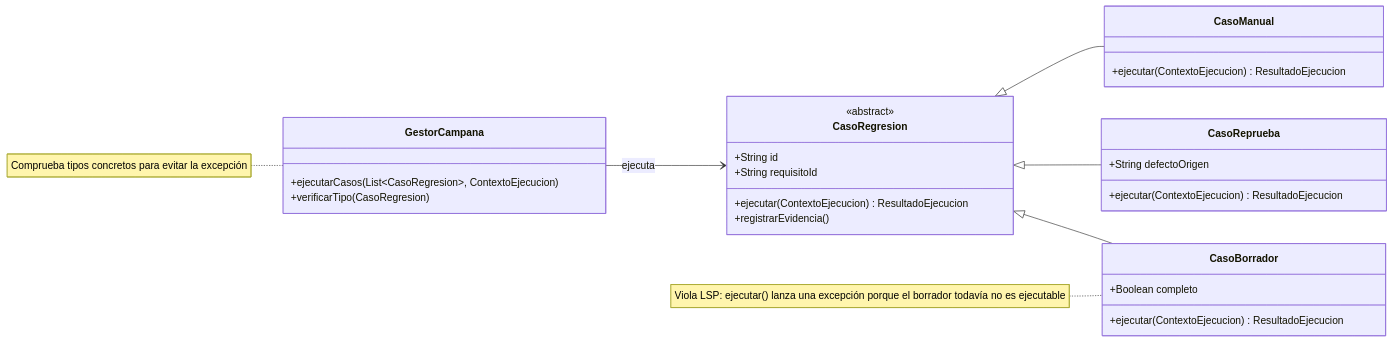
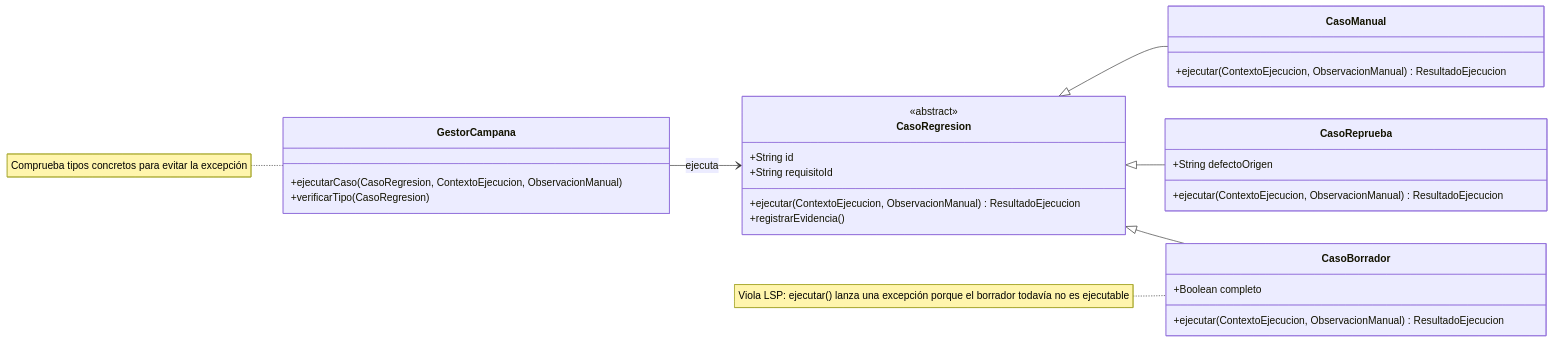
The diagram in week-02/diagramas/01-diseno-antes-lsp.mmd (DidhyerOrtiz/asii28-qa-funcional-tareas), drawn with Mermaid before and after one commit. The commit also changed 11 other files, not shown here.

```diff
--- a/week-02/diagramas/01-diseno-antes-lsp.mmd
+++ b/week-02/diagramas/01-diseno-antes-lsp.mmd
@@ -1,37 +1,37 @@
 classDiagram
     direction LR
 
     class CasoRegresion {
         <<abstract>>
         +String id
         +String requisitoId
-        +ejecutar(ContextoEjecucion) ResultadoEjecucion
+        +ejecutar(ContextoEjecucion, ObservacionManual) ResultadoEjecucion
         +registrarEvidencia()
     }
 
     class CasoManual {
-        +ejecutar(ContextoEjecucion) ResultadoEjecucion
+        +ejecutar(ContextoEjecucion, ObservacionManual) ResultadoEjecucion
     }
 
     class CasoReprueba {
         +String defectoOrigen
-        +ejecutar(ContextoEjecucion) ResultadoEjecucion
+        +ejecutar(ContextoEjecucion, ObservacionManual) ResultadoEjecucion
     }
 
     class CasoBorrador {
         +Boolean completo
-        +ejecutar(ContextoEjecucion) ResultadoEjecucion
+        +ejecutar(ContextoEjecucion, ObservacionManual) ResultadoEjecucion
     }
 
     class GestorCampana {
-        +ejecutarCasos(List~CasoRegresion~, ContextoEjecucion)
+        +ejecutarCaso(CasoRegresion, ContextoEjecucion, ObservacionManual)
         +verificarTipo(CasoRegresion)
     }
 
     CasoRegresion <|-- CasoManual
     CasoRegresion <|-- CasoReprueba
     CasoRegresion <|-- CasoBorrador
     GestorCampana --> CasoRegresion : ejecuta
 
     note for CasoBorrador "Viola LSP: ejecutar() lanza una excepción porque el borrador todavía no es ejecutable"
     note for GestorCampana "Comprueba tipos concretos para evitar la excepción"
```
